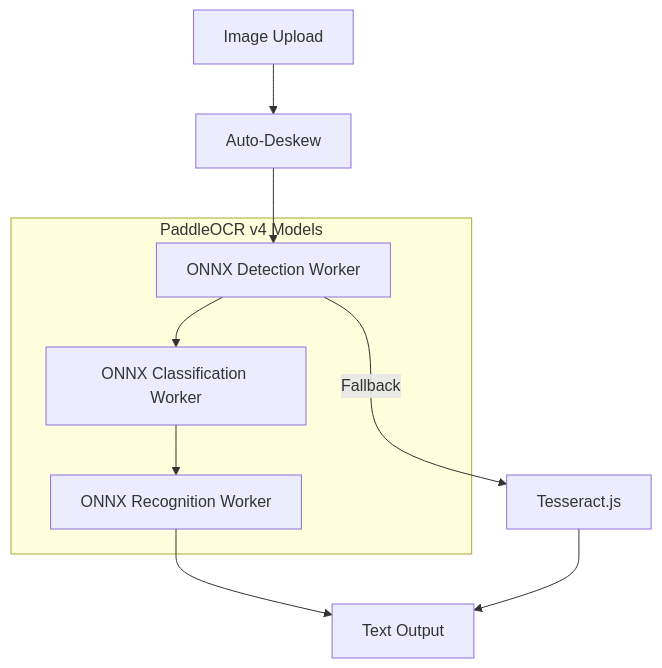
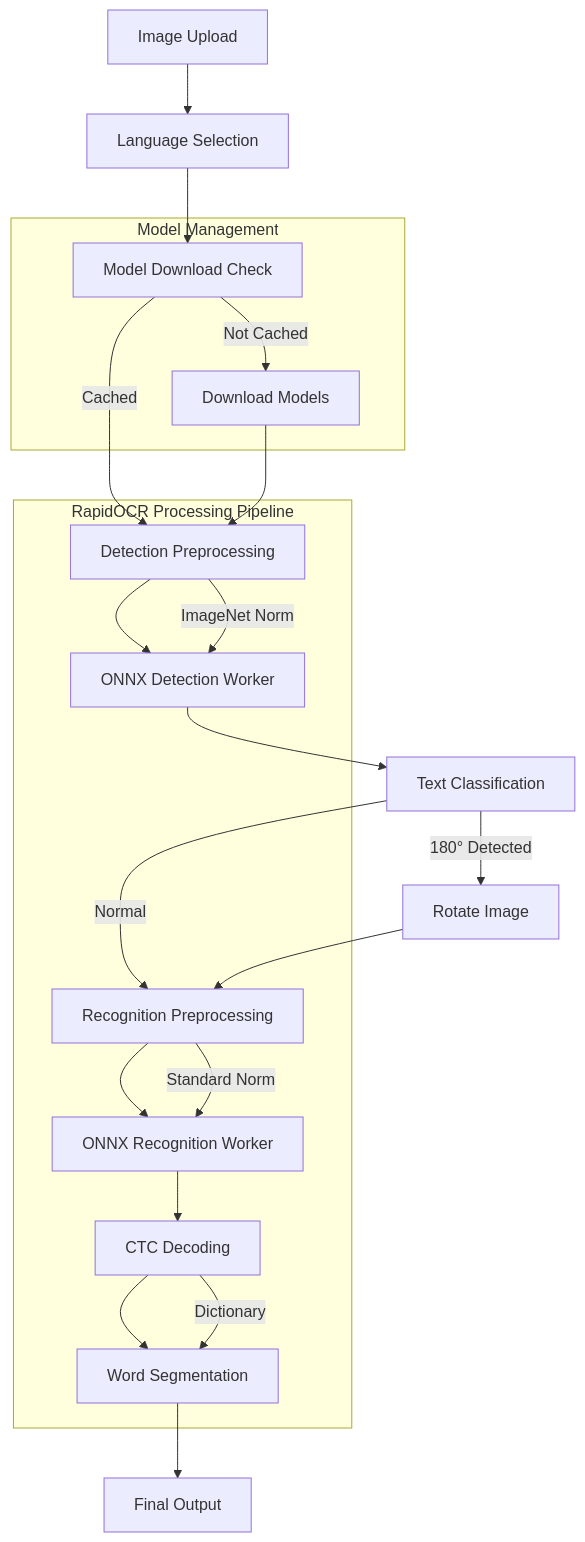
One commit to siva-sub/client-ocr changed the diagram in README.md. Above: the diagram before and after it, drawn with Mermaid. The commit also changed other lines of this file and 52 other files, not shown here.

First line of the commit message:
feat: Enhanced client-side OCR with RapidOCR integration

````diff
--- a/README.md
+++ b/README.md
@@ -225,16 +366,28 @@
 ```mermaid
 graph TD
-    A[Image Upload] --> B[Auto-Deskew]
-    B --> C[ONNX Detection Worker]
-    C --> D[ONNX Classification Worker]
-    D --> E[ONNX Recognition Worker]
-    E --> F[Text Output]
-    C -->|Fallback| G[Tesseract.js]
-    G --> F
+    A[Image Upload] --> B[Language Selection]
+    B --> C[Model Download Check]
+    C -->|Not Cached| D[Download Models]
+    C -->|Cached| E[Detection Preprocessing]
+    D --> E
+    E --> F[ONNX Detection Worker]
+    F --> G[Text Classification]
+    G -->|180° Detected| H[Rotate Image]
+    G -->|Normal| I[Recognition Preprocessing]
+    H --> I
+    I --> J[ONNX Recognition Worker]
+    J --> K[CTC Decoding]
+    K --> L[Word Segmentation]
+    L --> M[Final Output]
     
-    subgraph PaddleOCR v4 Models
+    subgraph RapidOCR Processing Pipeline
+        E -->|ImageNet Norm| F
+        I -->|Standard Norm| J
+        K -->|Dictionary| L
+    end
+    
+    subgraph Model Management
         C
         D
-        E
     end
 ```
````
